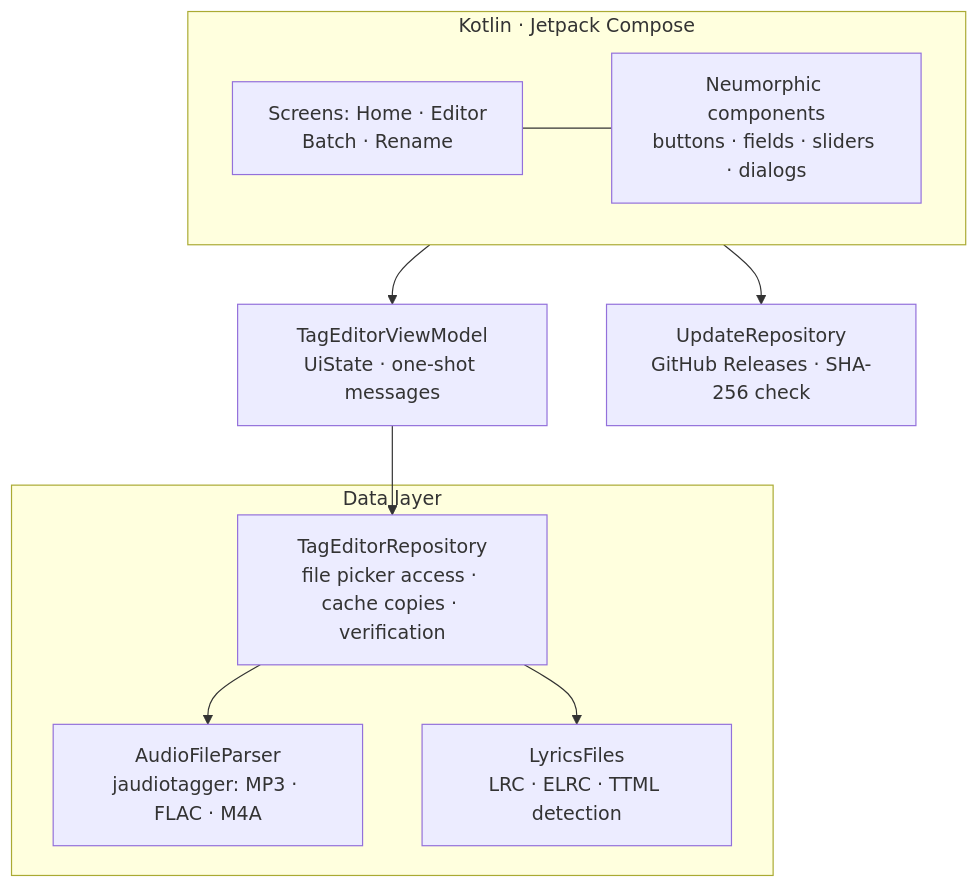
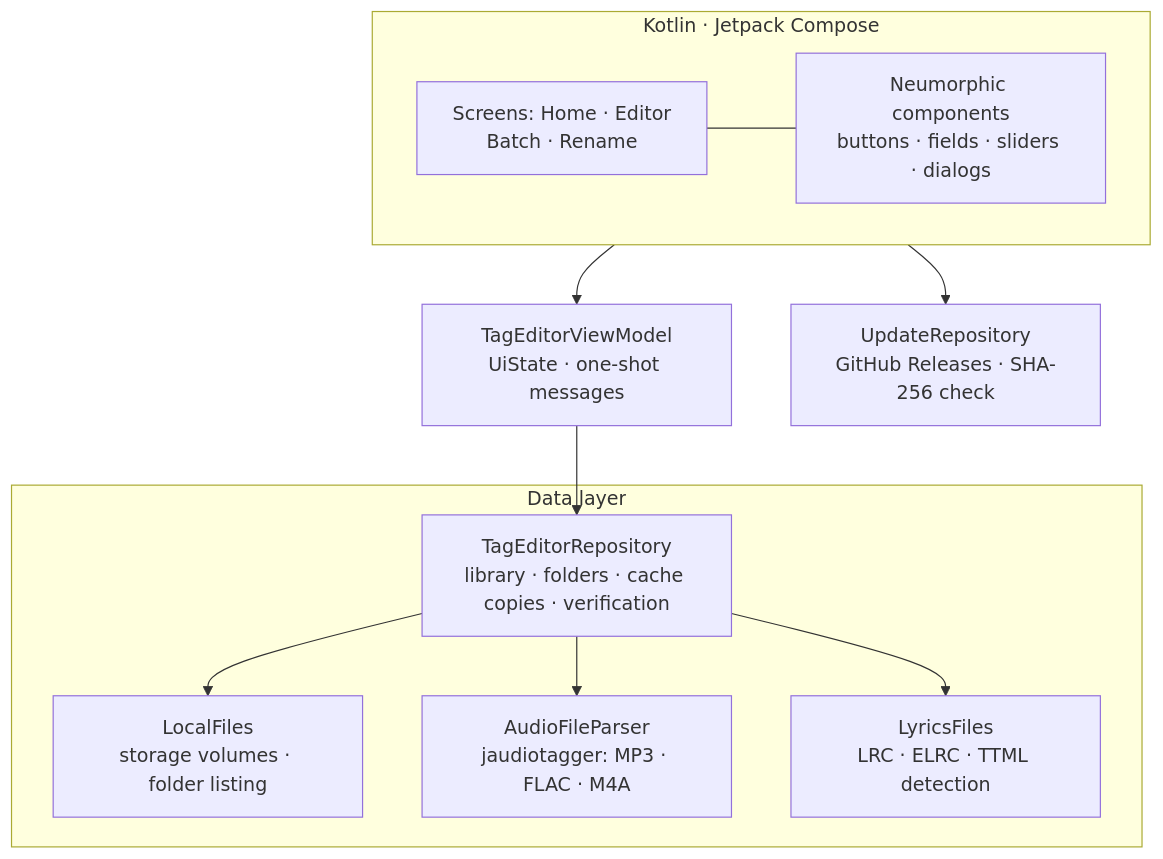
One commit to aravindrejidev/TagEditor changed the second of 3 diagrams in README.md. Above: the diagram before and after it, drawn with Mermaid. The commit also changed other lines of this file and 10 other files, not shown here.

````diff
--- a/README.md
+++ b/README.md
@@ -322,20 +331,22 @@
 ```mermaid
 flowchart TB
     subgraph UI["Kotlin · Jetpack Compose"]
         SCR["Screens: Home · Editor<br/>Batch · Rename"]
         COMP["Neumorphic components<br/>buttons · fields · sliders · dialogs"]
         SCR --- COMP
     end
     VM["TagEditorViewModel<br/>UiState · one-shot messages"]
     subgraph DATA["Data layer"]
-        REPO["TagEditorRepository<br/>file picker access · cache copies · verification"]
+        REPO["TagEditorRepository<br/>library · folders · cache copies · verification"]
+        FILES["LocalFiles<br/>storage volumes · folder listing"]
         PARSER["AudioFileParser<br/>jaudiotagger: MP3 · FLAC · M4A"]
         LYR["LyricsFiles<br/>LRC · ELRC · TTML detection"]
         REPO --> PARSER
+        REPO --> FILES
         REPO --> LYR
     end
     UPD["UpdateRepository<br/>GitHub Releases · SHA-256 check"]
     UI --> VM
     VM --> REPO
     UI --> UPD
 ```
````
